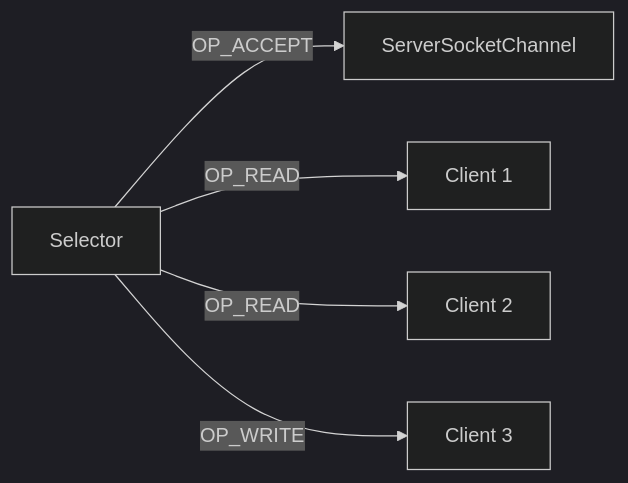
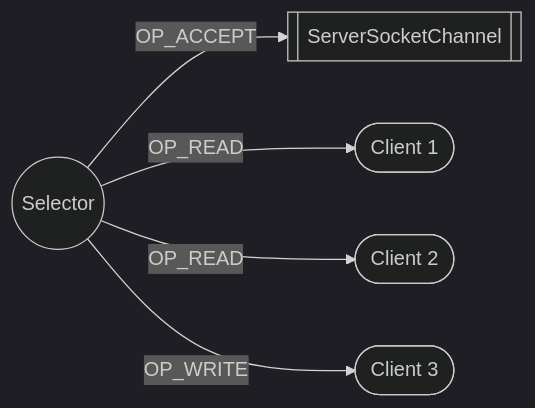
The fourth of 8 diagrams in docs/java/NIO.md (saivamsikaruturi/vamsilabs-dev-notes-main), drawn with Mermaid (dark theme) before and after one commit. The commit also changed other lines of this file and 146 other files, not shown here.

Commit message:
Horizontal diagrams, UML class diagrams, typography overhaul, and permalink cleanup

````diff
--- a/docs/java/NIO.md
+++ b/docs/java/NIO.md
@@ -131,7 +132,7 @@
 ```mermaid
-graph LR
-    SEL[Selector] -->|OP_ACCEPT| SSC[ServerSocketChannel]
-    SEL -->|OP_READ| SC1[Client 1]
-    SEL -->|OP_READ| SC2[Client 2]
-    SEL -->|OP_WRITE| SC3[Client 3]
+flowchart LR
+    SEL(("Selector")) -->|OP_ACCEPT| SSC[["ServerSocketChannel"]]
+    SEL -->|OP_READ| SC1(["Client 1"])
+    SEL -->|OP_READ| SC2(["Client 2"])
+    SEL -->|OP_WRITE| SC3(["Client 3"])
 ```
````
